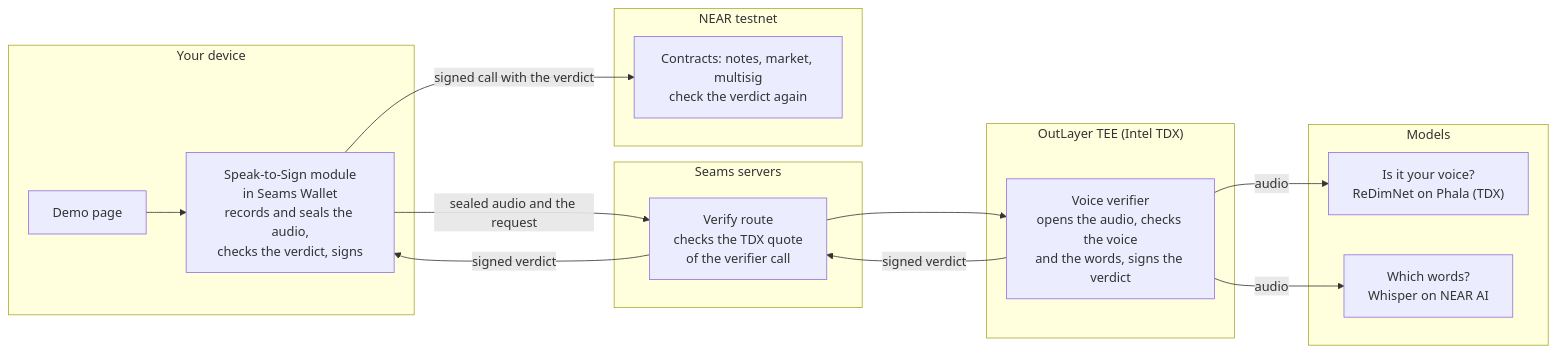
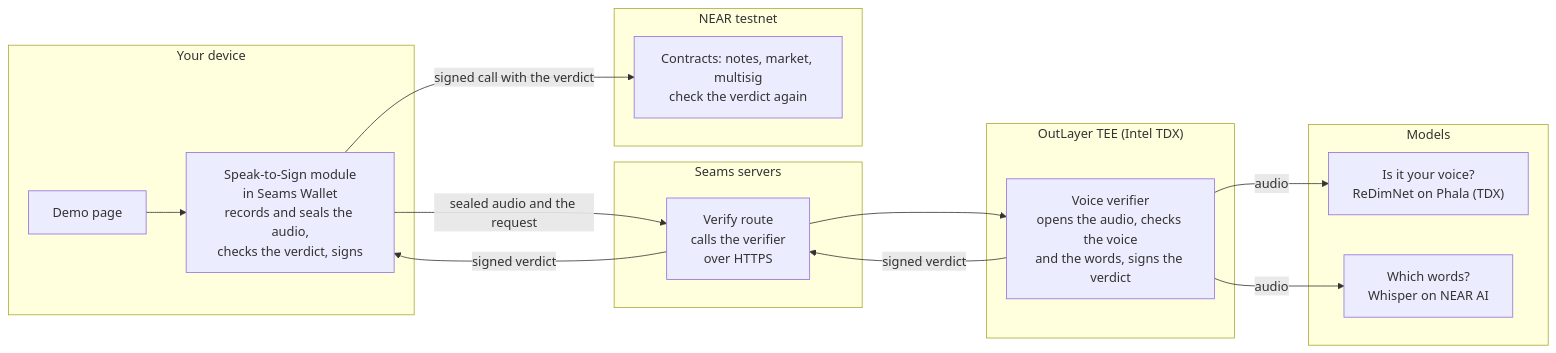
Before and after one commit to seams-tech/speak-to-sign: the first of 2 diagrams in README.md, drawn with Mermaid. The commit also changed other lines of this file, not shown here.

````diff
--- a/README.md
+++ b/README.md
@@ -79,33 +83,33 @@
 ```mermaid
 flowchart LR
   subgraph Device["Your device"]
     Page["Demo page"]
     Wallet["Speak-to-Sign module<br/>in Seams Wallet<br/>records and seals the audio,<br/>checks the verdict, signs"]
   end
 
   subgraph Seams["Seams servers"]
-    Route["Verify route<br/>checks the TDX quote<br/>of the verifier call"]
+    Route["Verify route<br/>calls the verifier<br/>over HTTPS"]
   end
 
   subgraph OutLayer["OutLayer TEE (Intel TDX)"]
     Verifier["Voice verifier<br/>opens the audio, checks the voice<br/>and the words, signs the verdict"]
   end
 
   subgraph Models["Models"]
     Speaker["Is it your voice?<br/>ReDimNet on Phala (TDX)"]
     Whisper["Which words?<br/>Whisper on NEAR AI"]
   end
 
   subgraph Chain["NEAR testnet"]
     Contracts["Contracts: notes, market, multisig<br/>check the verdict again"]
   end
 
   Page --> Wallet
   Wallet -->|"sealed audio and the request"| Route
   Route --> Verifier
   Verifier -->|"audio"| Speaker
   Verifier -->|"audio"| Whisper
   Verifier -->|"signed verdict"| Route
   Route -->|"signed verdict"| Wallet
   Wallet -->|"signed call with the verdict"| Contracts
 ```
````
